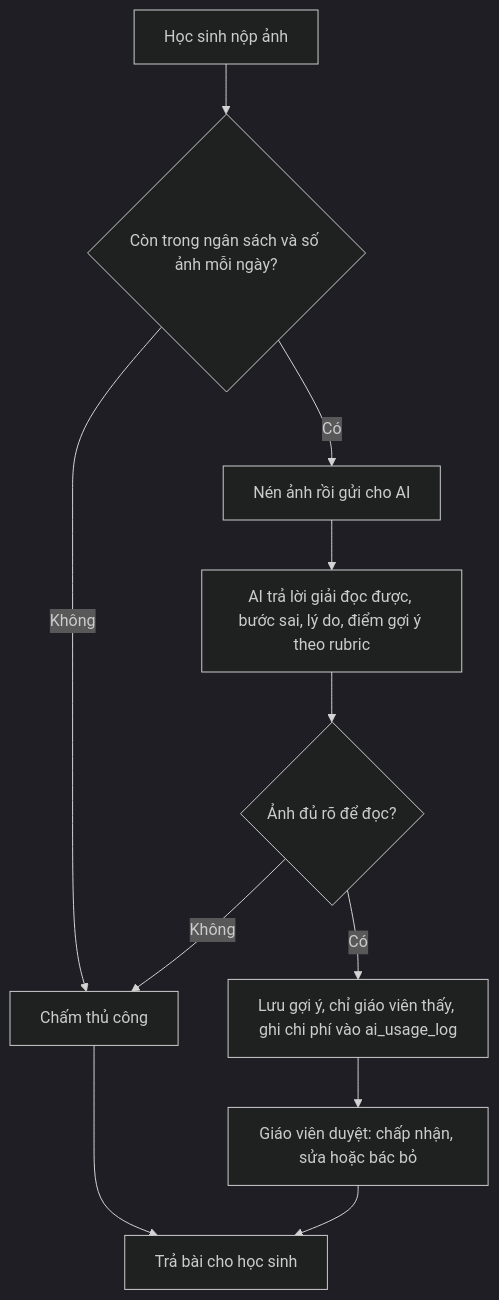
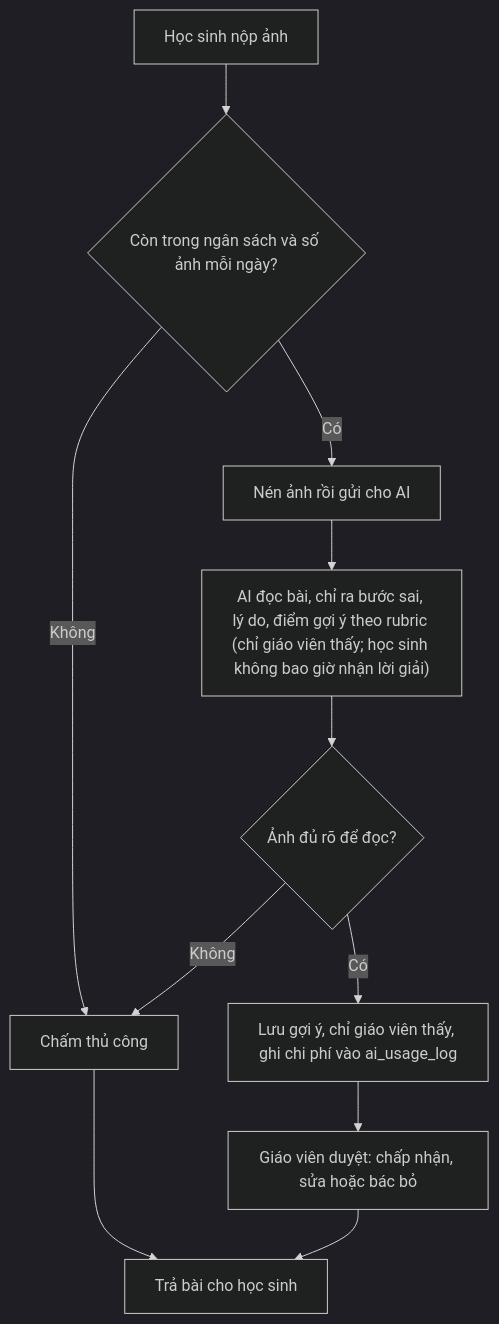
Diagram 12 of 15 in docs/flows.md (TrungTuyenDo02/Web_teaching_online), drawn with Mermaid (dark theme) before and after one commit. The commit also changed other lines of this file and 193 other files, not shown here.

````diff
--- a/docs/flows.md
+++ b/docs/flows.md
@@ -214,13 +361,13 @@
 ```mermaid
 flowchart TD
   A["Học sinh nộp ảnh"] --> B{"Còn trong ngân sách và số ảnh mỗi ngày?"}
   B -- "Không" --> M["Chấm thủ công"]
   B -- "Có" --> C["Nén ảnh rồi gửi cho AI"]
-  C --> D["AI trả lời giải đọc được, bước sai, lý do, điểm gợi ý theo rubric"]
+  C --> D["AI đọc bài, chỉ ra bước sai, lý do, điểm gợi ý theo rubric (chỉ giáo viên thấy; học sinh không bao giờ nhận lời giải)"]
   D --> E{"Ảnh đủ rõ để đọc?"}
   E -- "Không" --> M
   E -- "Có" --> F["Lưu gợi ý, chỉ giáo viên thấy, ghi chi phí vào ai_usage_log"]
   F --> G["Giáo viên duyệt: chấp nhận, sửa hoặc bác bỏ"]
   G --> H["Trả bài cho học sinh"]
   M --> H
 ```
````
